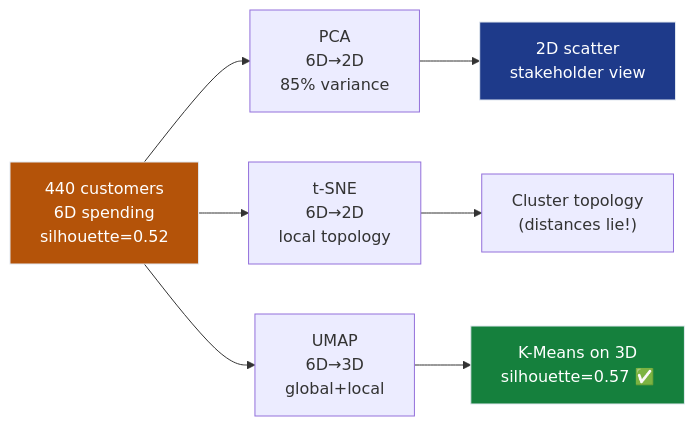
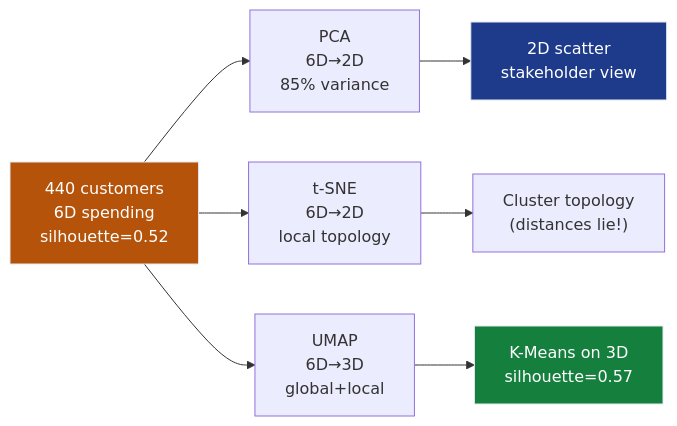
Before and after one commit to dsgouda7/ai-portfolio: the first of 5 diagrams in notes/01-ml/07-unsupervised-learning/ch02_dimensionality_reduction/README.md, drawn with Mermaid. The commit also changed other lines of this file and 179 other files, not shown here.

````diff
--- a/notes/01-ml/07-unsupervised-learning/ch02_dimensionality_reduction/README.md
+++ b/notes/01-ml/07-unsupervised-learning/ch02_dimensionality_reduction/README.md
@@ -56,12 +53,12 @@
 ```mermaid
 flowchart LR
-    A["440 customers\n6D spending\nsilhouette=0.52"] --> B["PCA\n6D→2D\n85% variance"]
-    A --> C["t-SNE\n6D→2D\nlocal topology"]
-    A --> D["UMAP\n6D→3D\nglobal+local"]
-    B --> E["2D scatter\nstakeholder view"]
-    C --> F["Cluster topology\n(distances lie!)"]
-    D --> G["K-Means on 3D\nsilhouette=0.57 ✅"]
-    style A fill:#b45309,stroke:#e2e8f0,color:#ffffff
-    style G fill:#15803d,stroke:#e2e8f0,color:#ffffff
-    style E fill:#1e3a8a,stroke:#e2e8f0,color:#ffffff
+ A["440 customers\n6D spending\nsilhouette=0.52"] --> B["PCA\n6D→2D\n85% variance"]
+ A --> C["t-SNE\n6D→2D\nlocal topology"]
+ A --> D["UMAP\n6D→3D\nglobal+local"]
+ B --> E["2D scatter\nstakeholder view"]
+ C --> F["Cluster topology\n(distances lie!)"]
+ D --> G["K-Means on 3D\nsilhouette=0.57 "]
+ style A fill:#b45309,stroke:#e2e8f0,color:#ffffff
+ style G fill:#15803d,stroke:#e2e8f0,color:#ffffff
+ style E fill:#1e3a8a,stroke:#e2e8f0,color:#ffffff
 ```
````
